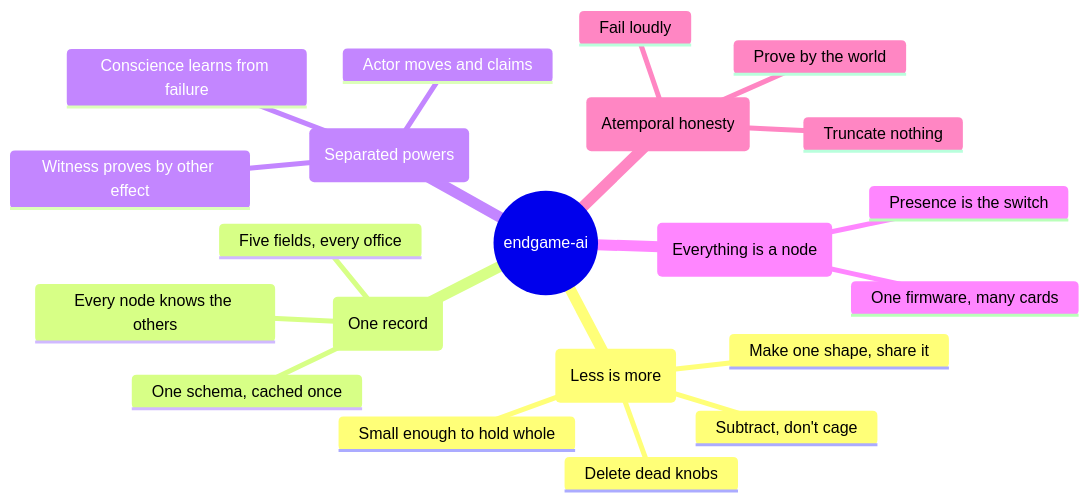
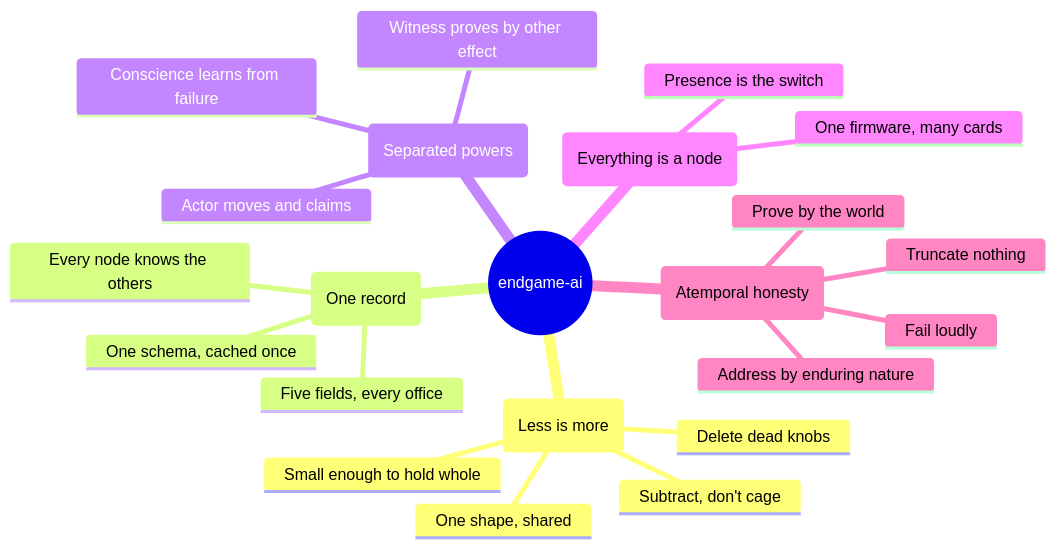
The first of 8 diagrams in README.md (wgabrys88/endgame-ai), drawn with Mermaid before and after one commit. The commit also changed other lines of this file, not shown here.

````diff
--- a/README.md
+++ b/README.md
@@ -48,24 +45,25 @@
 ```mermaid
 mindmap
   root((endgame-ai))
     (Less is more)
       Subtract, don't cage
-      Make one shape, share it
+      One shape, shared
       Delete dead knobs
       Small enough to hold whole
     (One record)
       Five fields, every office
       One schema, cached once
       Every node knows the others
     (Separated powers)
       Actor moves and claims
       Witness proves by other effect
       Conscience learns from failure
     (Everything is a node)
       One firmware, many cards
       Presence is the switch
     (Atemporal honesty)
       Prove by the world
       Truncate nothing
+      Address by enduring nature
       Fail loudly
 ```
````
